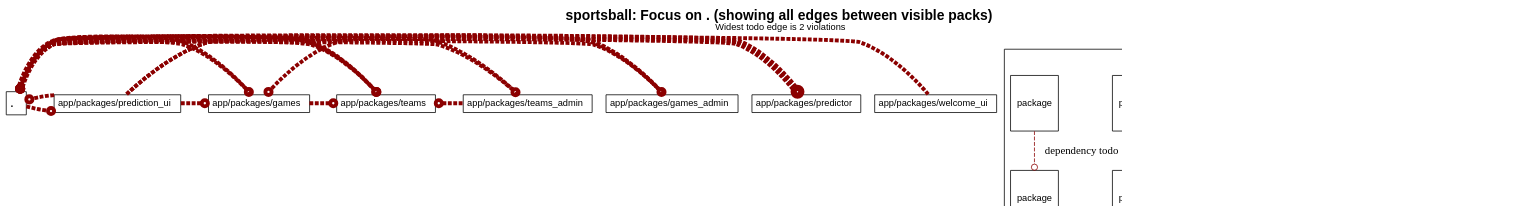
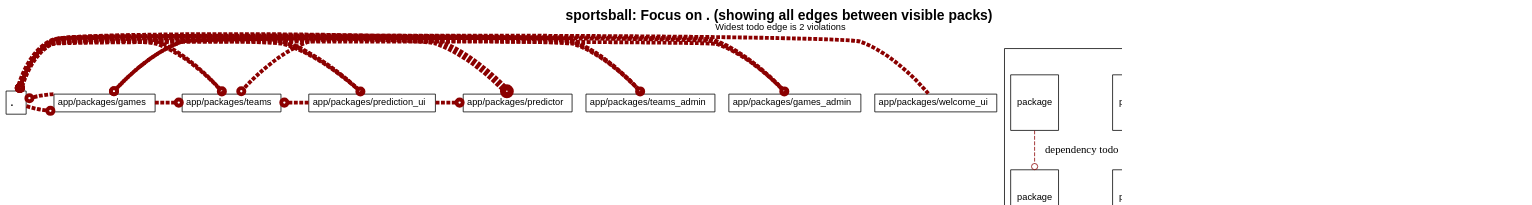
Before and after one commit to shageman/package-based-rails-applications-book: the diagram in c2s02/sportsball/diagrams/..dot, drawn with Graphviz. The commit also changed other lines of this file and 3 other files, not shown here.

Commit message:
New root package diagrams

```diff
--- a/c2s02/sportsball/diagrams/..dot
+++ b/c2s02/sportsball/diagrams/..dot
@@ -33,6 +33,24 @@
               >
           ]
         
+        "app/packages/games" [
+            fontsize=12.0
+            label= <
+                <table border='0' cellborder='1' cellspacing='0' cellpadding='4'>
+                  <tr> <td align='left'> app/packages/games </td> </tr>
+                </table>
+              >
+          ]
+        
+        "app/packages/games_admin" [
+            fontsize=12.0
+            label= <
+                <table border='0' cellborder='1' cellspacing='0' cellpadding='4'>
+                  <tr> <td align='left'> app/packages/games_admin </td> </tr>
+                </table>
+              >
+          ]
+        
         "app/packages/prediction_ui" [
             fontsize=12.0
             label= <
@@ -42,11 +60,20 @@
               >
           ]
         
-        "app/packages/games_admin" [
+        "app/packages/predictor" [
             fontsize=12.0
             label= <
                 <table border='0' cellborder='1' cellspacing='0' cellpadding='4'>
-                  <tr> <td align='left'> app/packages/games_admin </td> </tr>
+                  <tr> <td align='left'> app/packages/predictor </td> </tr>
+                </table>
+              >
+          ]
+        
+        "app/packages/teams" [
+            fontsize=12.0
+            label= <
+                <table border='0' cellborder='1' cellspacing='0' cellpadding='4'>
+                  <tr> <td align='left'> app/packages/teams </td> </tr>
                 </table>
               >
           ]
@@ -65,33 +92,6 @@
             label= <
                 <table border='0' cellborder='1' cellspacing='0' cellpadding='4'>
                   <tr> <td align='left'> app/packages/welcome_ui </td> </tr>
-                </table>
-              >
-          ]
-        
-        "app/packages/games" [
-            fontsize=12.0
-            label= <
-                <table border='0' cellborder='1' cellspacing='0' cellpadding='4'>
-                  <tr> <td align='left'> app/packages/games </td> </tr>
-                </table>
-              >
-          ]
-        
-        "app/packages/teams" [
-            fontsize=12.0
-            label= <
-                <table border='0' cellborder='1' cellspacing='0' cellpadding='4'>
-                  <tr> <td align='left'> app/packages/teams </td> </tr>
-                </table>
-              >
-          ]
-        
-        "app/packages/predictor" [
-            fontsize=12.0
-            label= <
-                <table border='0' cellborder='1' cellspacing='0' cellpadding='4'>
-                  <tr> <td align='left'> app/packages/predictor </td> </tr>
                 </table>
               >
           ]
@@ -127,6 +127,26 @@
               # headlabel="dependency"
                 arrowhead=odot
               penwidth=5            ]
+            "app/packages/games" -> "." [ color=darkred style=dashed
+              constraint=false
+              # headlabel="dependency"
+                arrowhead=odot
+              penwidth=5            ]
+            "app/packages/games" -> "app/packages/teams" [ color=darkred style=dashed
+              constraint=false
+              # headlabel="dependency"
+                arrowhead=odot
+              penwidth=5            ]
+            "app/packages/games_admin" -> "." [ color=darkred style=dashed
+              constraint=false
+              # headlabel="dependency"
+                arrowhead=odot
+              penwidth=5            ]
+            "app/packages/games_admin" -> "app/packages/games" [ color=darkred style=dashed
+              constraint=false
+              # headlabel="dependency"
+                arrowhead=odot
+              penwidth=5            ]
             "app/packages/prediction_ui" -> "." [ color=darkred style=dashed
               constraint=false
               # headlabel="dependency"
@@ -147,12 +167,7 @@
               # headlabel="dependency"
                 arrowhead=odot
               penwidth=5            ]
-            "app/packages/games_admin" -> "." [ color=darkred style=dashed
-              constraint=false
-              # headlabel="dependency"
-                arrowhead=odot
-              penwidth=5            ]
-            "app/packages/games_admin" -> "app/packages/games" [ color=darkred style=dashed
+            "app/packages/teams" -> "." [ color=darkred style=dashed
               constraint=false
               # headlabel="dependency"
                 arrowhead=odot
@@ -168,21 +183,6 @@
                 arrowhead=odot
               penwidth=5            ]
             "app/packages/welcome_ui" -> "." [ color=darkred style=dashed
-              constraint=false
-              # headlabel="dependency"
-                arrowhead=odot
-              penwidth=5            ]
-            "app/packages/games" -> "." [ color=darkred style=dashed
-              constraint=false
-              # headlabel="dependency"
-                arrowhead=odot
-              penwidth=5            ]
-            "app/packages/games" -> "app/packages/teams" [ color=darkred style=dashed
-              constraint=false
-              # headlabel="dependency"
-                arrowhead=odot
-              penwidth=5            ]
-            "app/packages/teams" -> "." [ color=darkred style=dashed
               constraint=false
               # headlabel="dependency"
                 arrowhead=odot
```
